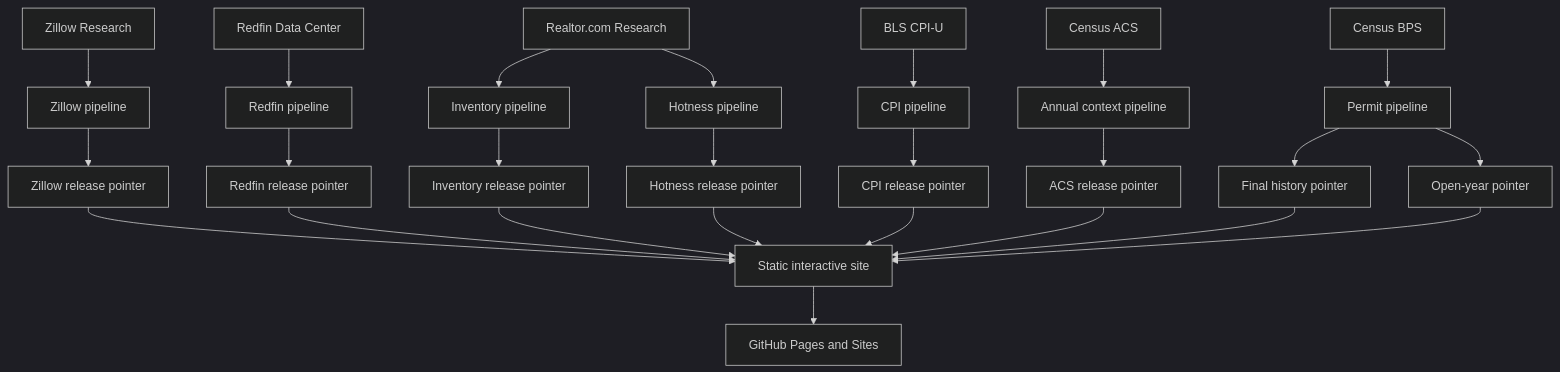
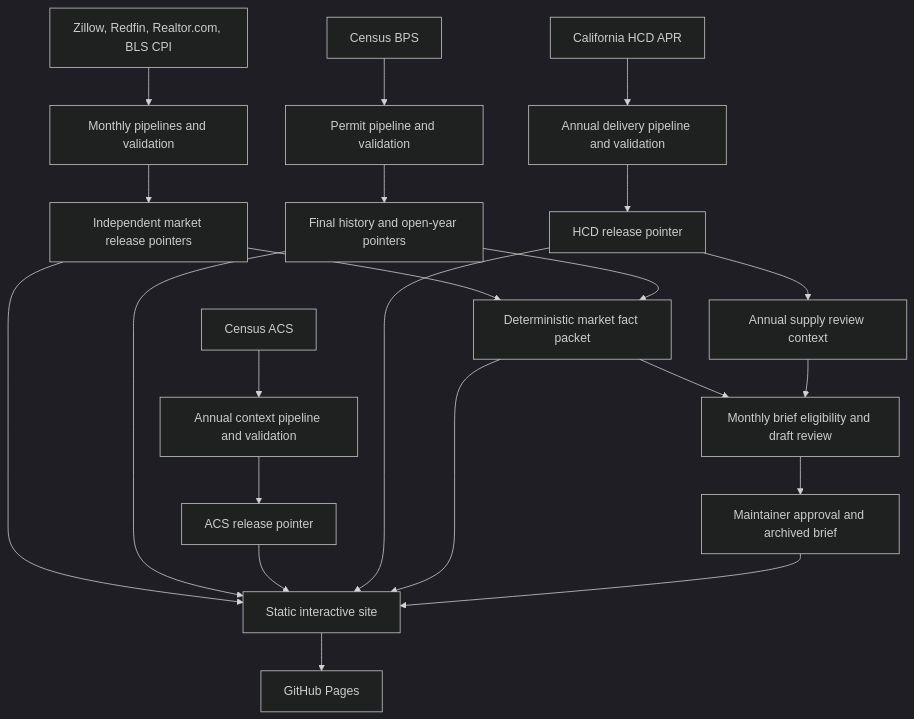
Before and after one commit to desenlin/housing-market-lab: the diagram in README.md, drawn with Mermaid (dark theme). The commit also changed other lines of this file and 6 other files, not shown here.

Commit message:
Align metro brief evidence and annual-data architecture documentation

````diff
--- a/README.md
+++ b/README.md
@@ -53,27 +53,24 @@
 ```mermaid
 flowchart TD
-  A[Zillow Research] --> C[Zillow pipeline]
-  B[Redfin Data Center] --> D[Redfin pipeline]
-  L[Realtor.com Research] --> M[Inventory pipeline]
-  L --> N[Hotness pipeline]
-  I[BLS CPI-U] --> J[CPI pipeline]
-  U[Census ACS] --> V[Annual context pipeline]
-  Q[Census BPS] --> R[Permit pipeline]
-  C --> E[Zillow release pointer]
-  D --> F[Redfin release pointer]
-  M --> O[Inventory release pointer]
-  N --> P[Hotness release pointer]
-  J --> K[CPI release pointer]
-  V --> W[ACS release pointer]
-  R --> S[Final history pointer]
-  R --> T[Open-year pointer]
-  E --> G[Static interactive site]
-  F --> G
-  O --> G
-  P --> G
-  K --> G
-  W --> G
-  S --> G
-  T --> G
-  G --> H[GitHub Pages and Sites]
+  M["Zillow, Redfin, Realtor.com, BLS CPI"] --> MP["Monthly pipelines and validation"]
+  MP --> MR["Independent market release pointers"]
+  B["Census BPS"] --> BP["Permit pipeline and validation"]
+  BP --> BR["Final history and open-year pointers"]
+  A["Census ACS"] --> AP["Annual context pipeline and validation"]
+  AP --> AR["ACS release pointer"]
+  H["California HCD APR"] --> HP["Annual delivery pipeline and validation"]
+  HP --> HR["HCD release pointer"]
+  MR --> UI["Static interactive site"]
+  BR --> UI
+  AR --> UI
+  HR --> UI
+  MR --> F["Deterministic market fact packet"]
+  BR --> F
+  F --> UI
+  F --> D["Monthly brief eligibility and draft review"]
+  HR --> HC["Annual supply review context"]
+  HC --> D
+  D --> R["Maintainer approval and archived brief"]
+  R --> UI
+  UI --> P["GitHub Pages"]
 ```
````
